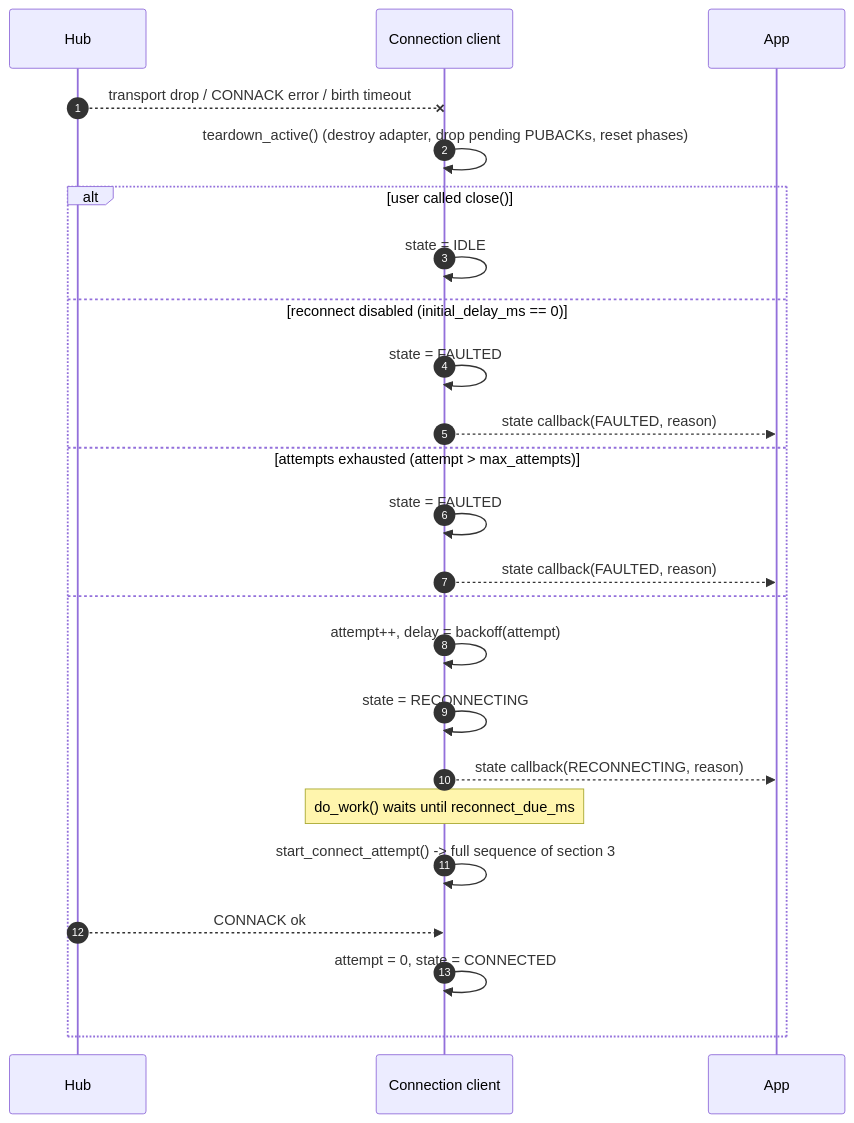
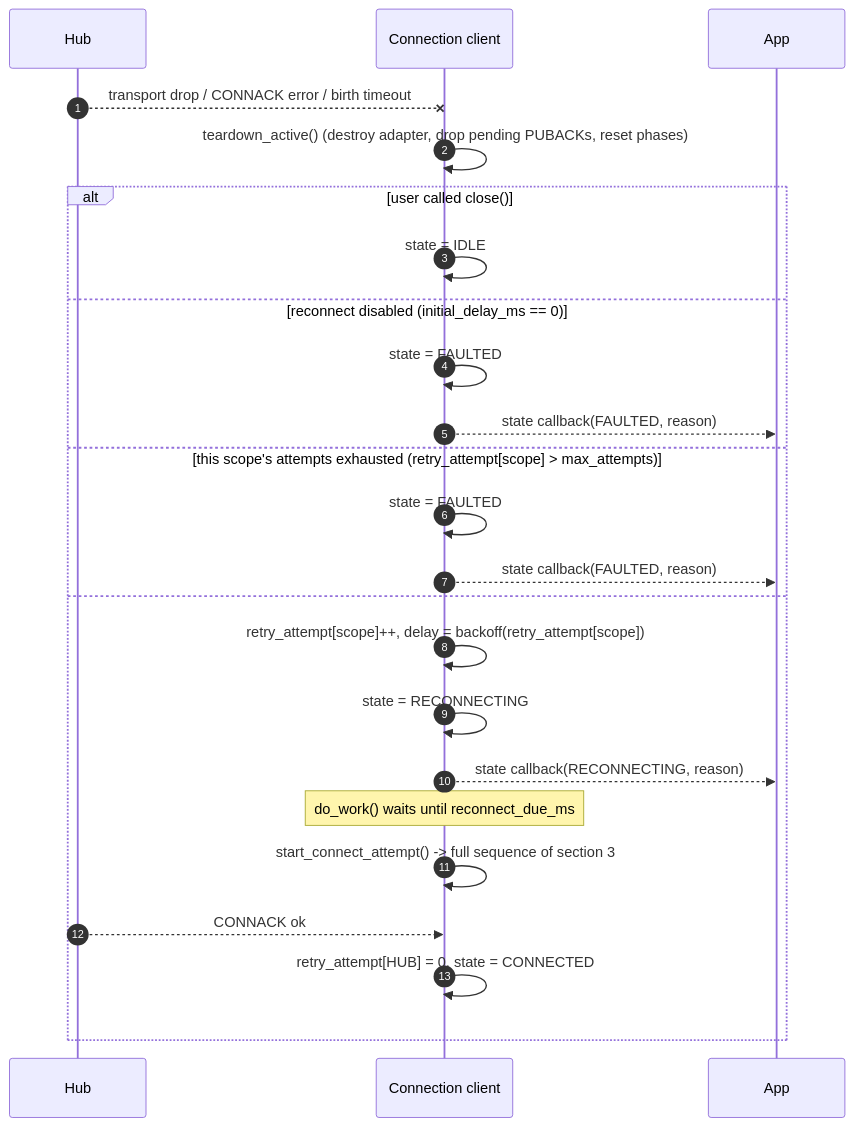
Before and after one commit to Azure/azure-iot-sdk: the fifth of 9 diagrams in c/docs/connection.md, drawn with Mermaid. The commit also changed other lines of this file and 7 other files, not shown here.

````diff
--- a/c/docs/connection.md
+++ b/c/docs/connection.md
@@ -267,27 +267,27 @@
 ```mermaid
 sequenceDiagram
     autonumber
     participant Hub
     participant Conn as Connection client
     participant App
 
     Hub--xConn: transport drop / CONNACK error / birth timeout
     Conn->>Conn: teardown_active() (destroy adapter, drop pending PUBACKs, reset phases)
     alt user called close()
         Conn->>Conn: state = IDLE
     else reconnect disabled (initial_delay_ms == 0)
         Conn->>Conn: state = FAULTED
         Conn-->>App: state callback(FAULTED, reason)
-    else attempts exhausted (attempt > max_attempts)
+    else this scope's attempts exhausted (retry_attempt[scope] > max_attempts)
         Conn->>Conn: state = FAULTED
         Conn-->>App: state callback(FAULTED, reason)
     else
-        Conn->>Conn: attempt++, delay = backoff(attempt)
+        Conn->>Conn: retry_attempt[scope]++, delay = backoff(retry_attempt[scope])
         Conn->>Conn: state = RECONNECTING
         Conn-->>App: state callback(RECONNECTING, reason)
         Note over Conn: do_work() waits until reconnect_due_ms
         Conn->>Conn: start_connect_attempt() -> full sequence of section 3
         Hub-->>Conn: CONNACK ok
-        Conn->>Conn: attempt = 0, state = CONNECTED
+        Conn->>Conn: retry_attempt[HUB] = 0, state = CONNECTED
     end
 ```
````
